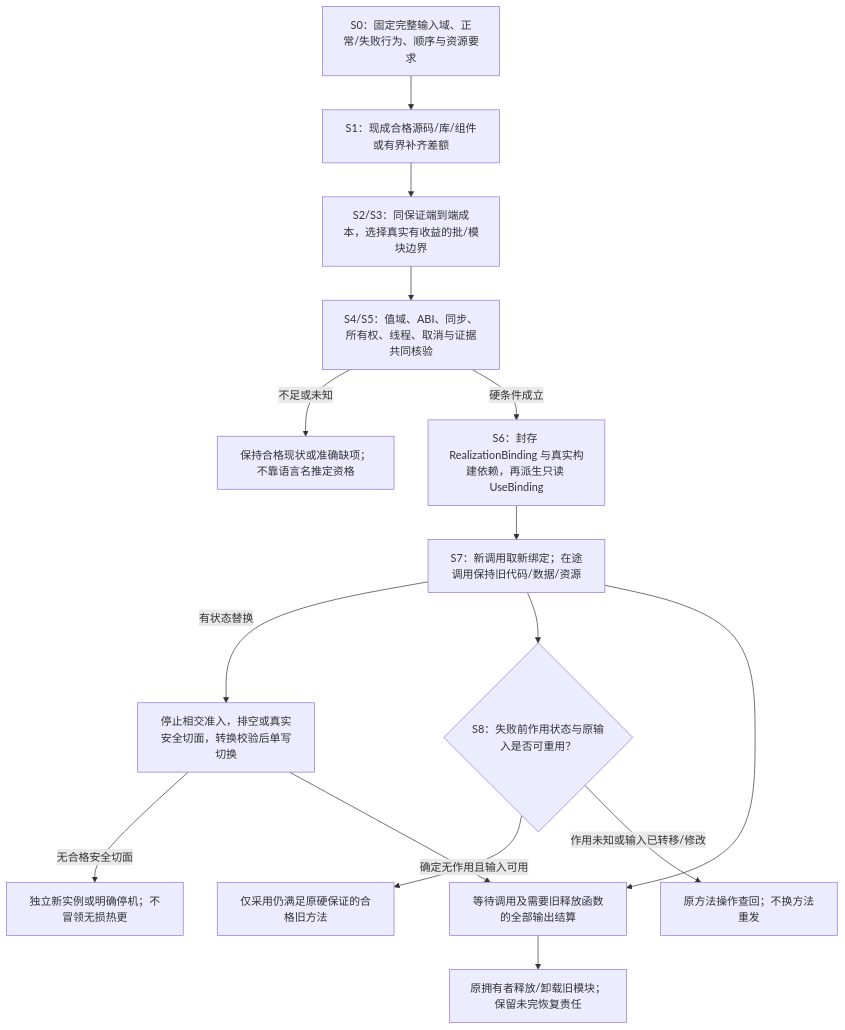
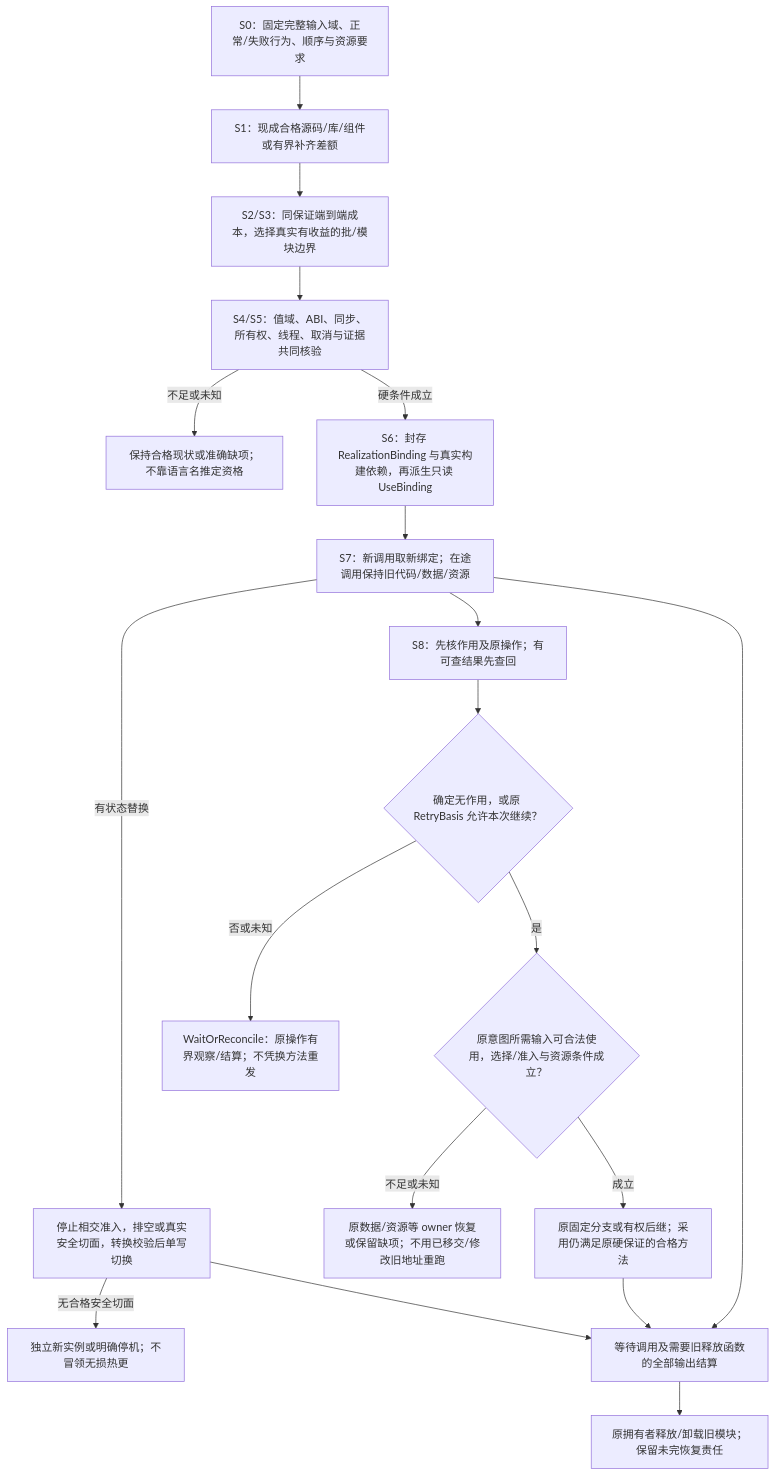
Before and after one commit to sec-platform/sec: the diagram in docs/架构/实现供给与替换.md, drawn with Mermaid. The commit also changed other lines of this file and 21 other files, not shown here.

````diff
--- a/docs/架构/实现供给与替换.md
+++ b/docs/架构/实现供给与替换.md
@@ -103,17 +103,21 @@
 ```mermaid
 flowchart TD
   contract["S0：固定完整输入域、正常/失败行为、顺序与资源要求"] --> candidate["S1：现成合格源码/库/组件或有界补齐差额"]
   candidate --> cost["S2/S3：同保证端到端成本，选择真实有收益的批/模块边界"]
   cost --> qualify["S4/S5：值域、ABI、同步、所有权、线程、取消与证据共同核验"]
   qualify -->|不足或未知| keep["保持合格现状或准确缺项；不靠语言名推定资格"]
   qualify -->|硬条件成立| binding["S6：封存 RealizationBinding 与真实构建依赖，再派生只读 UseBinding"]
   binding --> next["S7：新调用取新绑定；在途调用保持旧代码/数据/资源"]
   next -->|有状态替换| cut["停止相交准入，排空或真实安全切面，转换校验后单写切换"]
   cut -->|无合格安全切面| separate["独立新实例或明确停机；不冒领无损热更"]
-  next --> failure{"S8：失败前作用状态与原输入是否可重用？"}
-  failure -->|确定无作用且输入可用| fallback["仅采用仍满足原硬保证的合格旧方法"]
-  failure -->|作用未知或输入已转移/修改| recover["原方法操作查回；不换方法重发"]
+  next --> failure["S8：先核作用及原操作；有可查结果先查回"]
+  failure --> retry{"确定无作用，或原 RetryBasis 允许本次继续？"}
+  retry -->|否或未知| recover["WaitOrReconcile：原操作有界观察/结算；不凭换方法重发"]
+  retry -->|是| usable{"原意图所需输入可合法使用，选择/准入与资源条件成立？"}
+  usable -->|不足或未知| inputGap["原数据/资源等 owner 恢复或保留缺项；不用已移交/修改旧地址重跑"]
+  usable -->|成立| fallback["原固定分支或有权后继；采用仍满足原硬保证的合格方法"]
+  fallback --> outputs
   next --> outputs["等待调用及需要旧释放函数的全部输出结算"]
   cut --> outputs
   outputs --> retire["原拥有者释放/卸载旧模块；保留未完恢复责任"]
 ```
````
